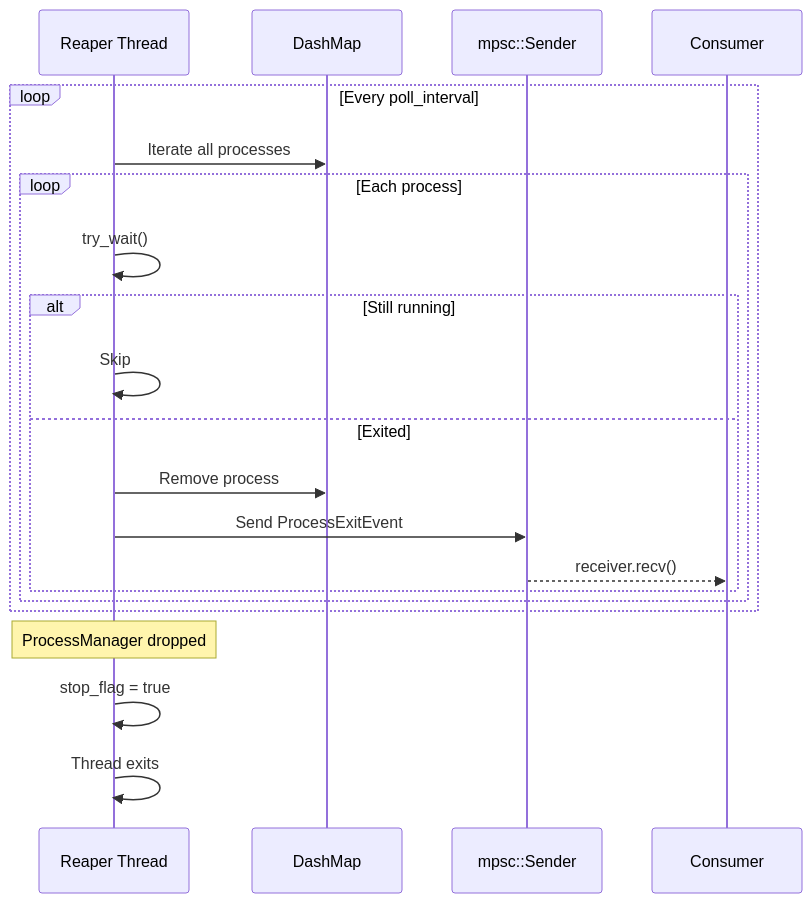
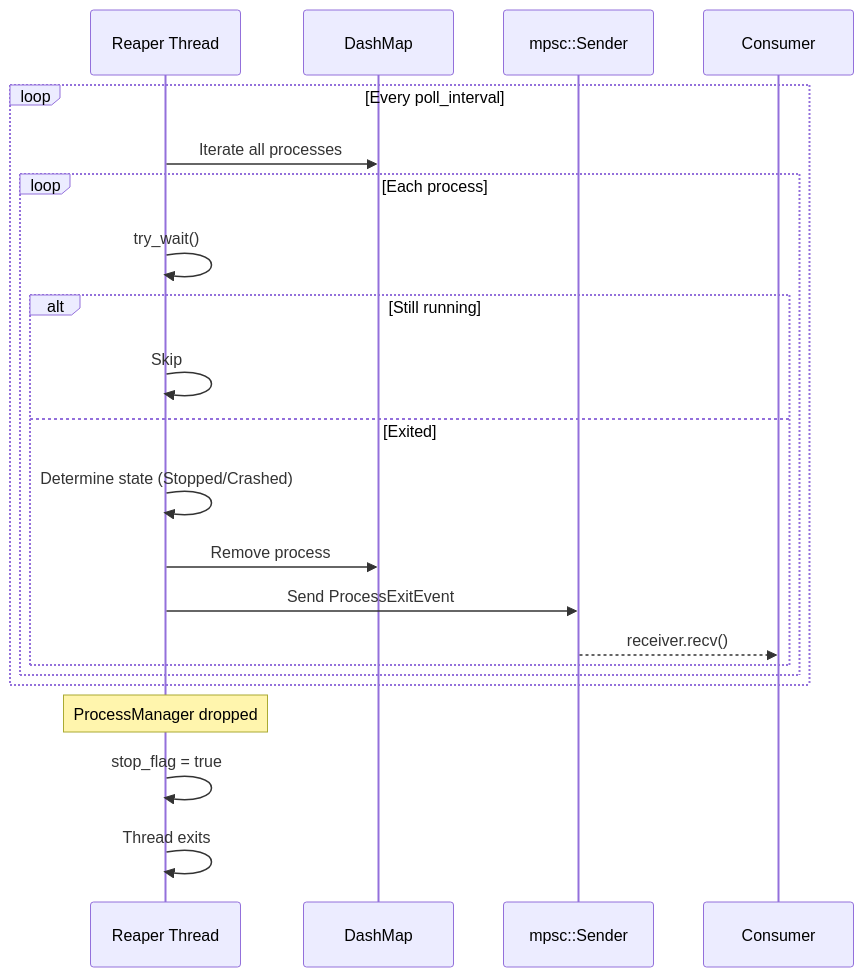
Before and after one commit to smearor/process-manager: the diagram in book/src/process/reaper.md, drawn with Mermaid. The commit also changed other lines of this file and 15 other files, not shown here.

````diff
--- a/book/src/process/reaper.md
+++ b/book/src/process/reaper.md
@@ -16,25 +16,26 @@
 ```mermaid
 sequenceDiagram
     participant Reaper as Reaper Thread
     participant DashMap as DashMap
     participant Channel as mpsc::Sender
     participant Consumer as Consumer
 
     loop Every poll_interval
         Reaper->>DashMap: Iterate all processes
         loop Each process
             Reaper->>Reaper: try_wait()
             alt Still running
                 Reaper->>Reaper: Skip
             else Exited
+                Reaper->>Reaper: Determine state (Stopped/Crashed)
                 Reaper->>DashMap: Remove process
                 Reaper->>Channel: Send ProcessExitEvent
                 Channel-->>Consumer: receiver.recv()
             end
         end
     end
     
     Note over Reaper: ProcessManager dropped
     Reaper->>Reaper: stop_flag = true
     Reaper->>Reaper: Thread exits
 ```
````
